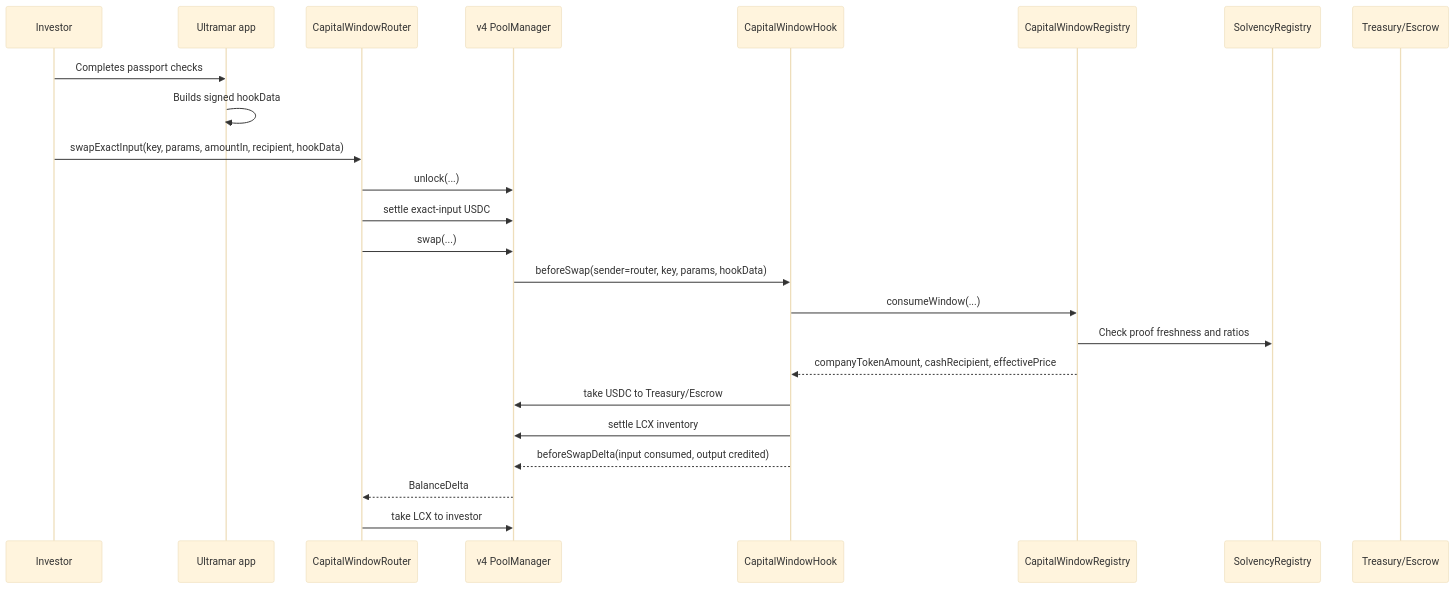
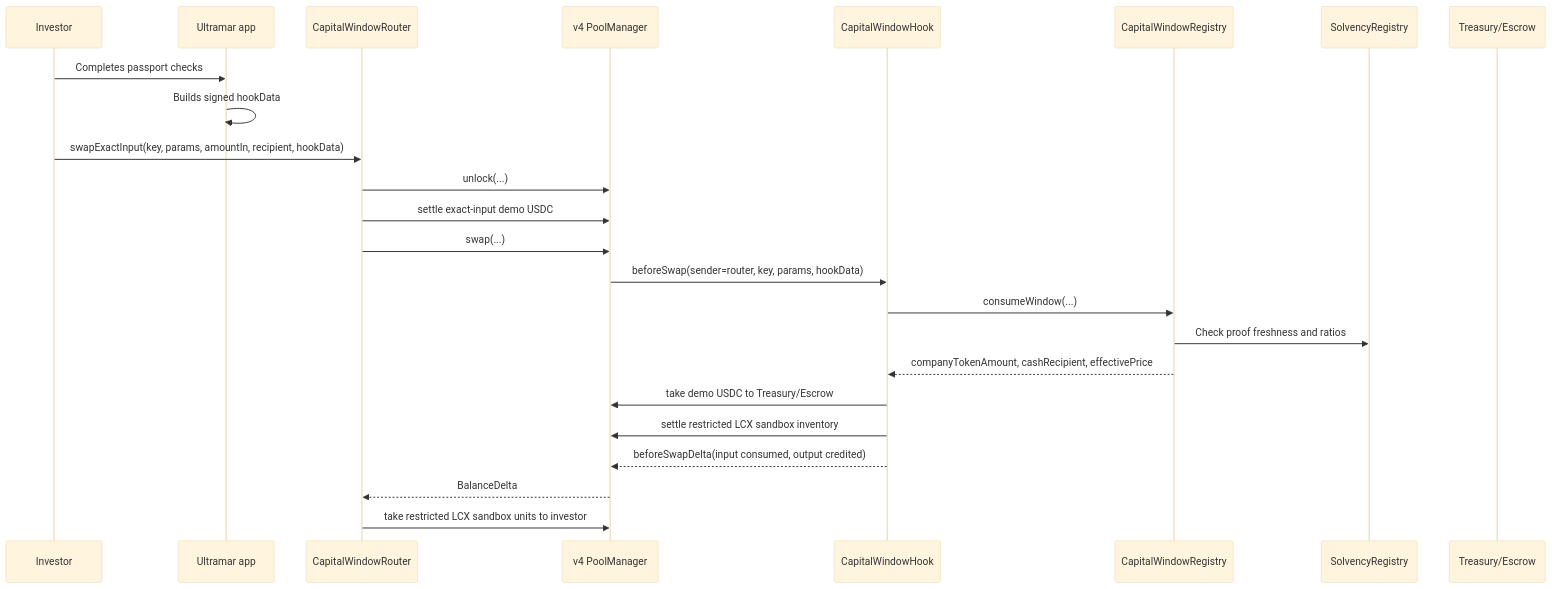
One commit to Diegolden-com/ultramar-private-markets changed the diagram in docs/HOOKATHON_SUBMISSION_PACKET.md. Above: the diagram before and after it, drawn with Mermaid (base theme). The commit also changed other lines of this file and 19 other files, not shown here.

Commit message:
Clarify sandbox restricted LCX demo boundary

````diff
--- a/docs/HOOKATHON_SUBMISSION_PACKET.md
+++ b/docs/HOOKATHON_SUBMISSION_PACKET.md
@@ -103,27 +103,27 @@
 ```mermaid
 sequenceDiagram
   participant Investor
   participant App as Ultramar app
   participant Router as CapitalWindowRouter
   participant Pool as v4 PoolManager
   participant Hook as CapitalWindowHook
   participant Registry as CapitalWindowRegistry
   participant Oracle as SolvencyRegistry
   participant Treasury as Treasury/Escrow
 
   Investor->>App: Completes passport checks
   App->>App: Builds signed hookData
   Investor->>Router: swapExactInput(key, params, amountIn, recipient, hookData)
   Router->>Pool: unlock(...)
-  Router->>Pool: settle exact-input USDC
+  Router->>Pool: settle exact-input demo USDC
   Router->>Pool: swap(...)
   Pool->>Hook: beforeSwap(sender=router, key, params, hookData)
   Hook->>Registry: consumeWindow(...)
   Registry->>Oracle: Check proof freshness and ratios
   Registry-->>Hook: companyTokenAmount, cashRecipient, effectivePrice
-  Hook->>Pool: take USDC to Treasury/Escrow
-  Hook->>Pool: settle LCX inventory
+  Hook->>Pool: take demo USDC to Treasury/Escrow
+  Hook->>Pool: settle restricted LCX sandbox inventory
   Hook-->>Pool: beforeSwapDelta(input consumed, output credited)
   Pool-->>Router: BalanceDelta
-  Router->>Pool: take LCX to investor
+  Router->>Pool: take restricted LCX sandbox units to investor
 ```
````
